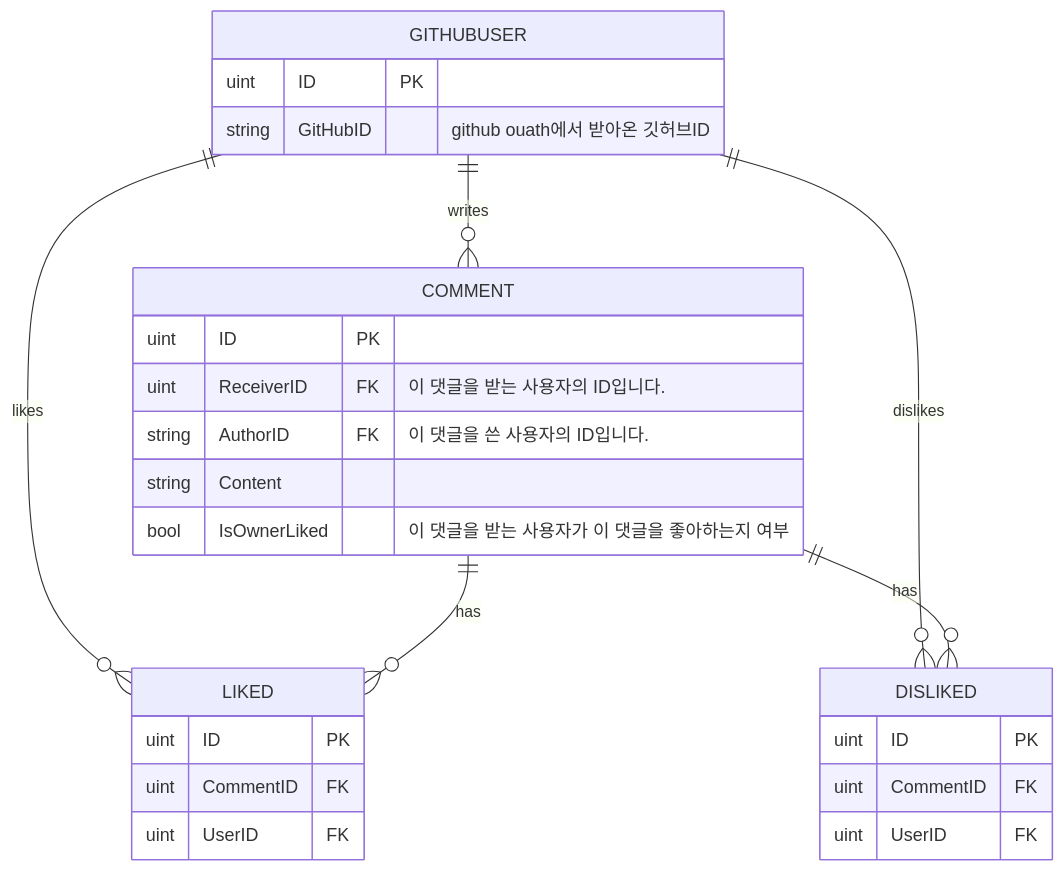
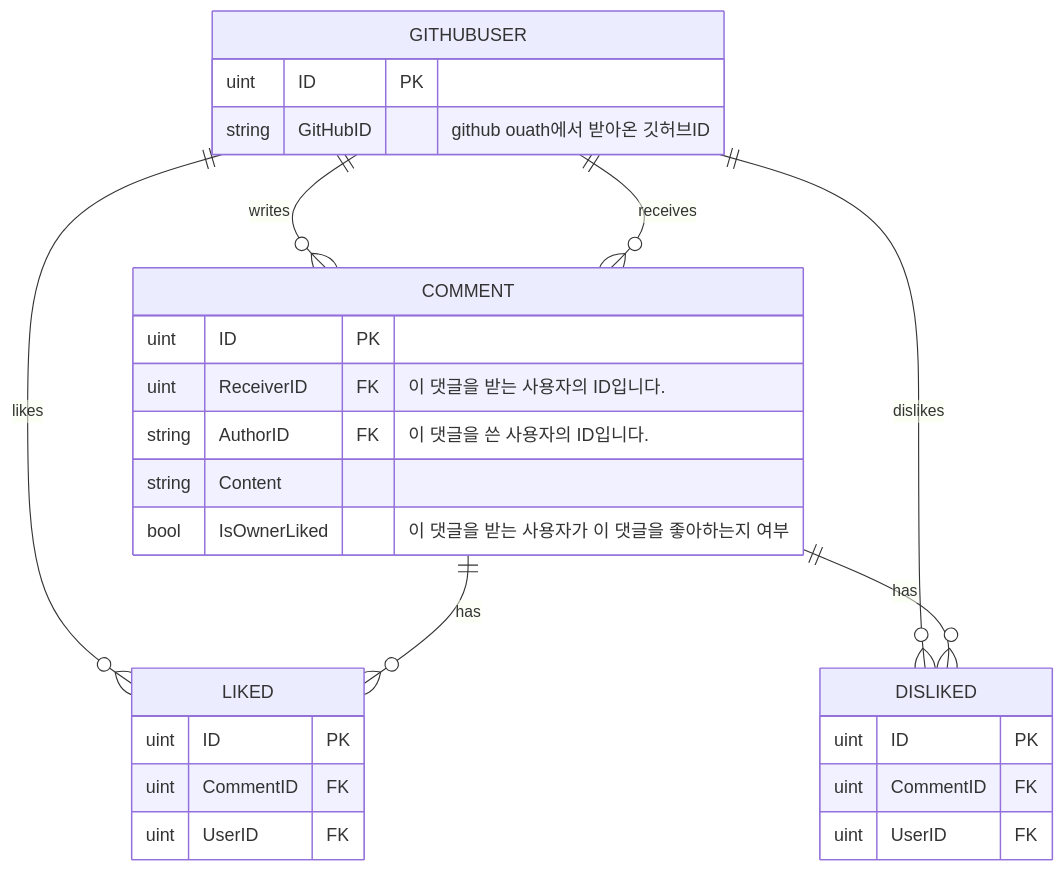
Before and after one commit to in-jun/github-profile-guestbook: the diagram in README.md, drawn with Mermaid.

Commit message:
docs: ER 다이어그램 업데이트

````diff
--- a/README.md
+++ b/README.md
@@ -51,33 +51,34 @@
 ```mermaid
 erDiagram
     GITHUBUSER {
         uint ID PK
         string GitHubID "github ouath에서 받아온 깃허브ID"
     }
 
     COMMENT {
         uint ID PK
         uint ReceiverID FK "이 댓글을 받는 사용자의 ID입니다."
         string AuthorID FK "이 댓글을 쓴 사용자의 ID입니다."
         string Content
         bool IsOwnerLiked "이 댓글을 받는 사용자가 이 댓글을 좋아하는지 여부"
     }
 
     LIKED {
         uint ID PK
         uint CommentID FK
         uint UserID FK
     }
 
     DISLIKED {
         uint ID PK
         uint CommentID FK
         uint UserID FK
     }
 
     GITHUBUSER ||--o{ COMMENT : "writes"
+    GITHUBUSER ||--o{ COMMENT : "receives"
     GITHUBUSER ||--o{ LIKED : "likes"
     GITHUBUSER ||--o{ DISLIKED : "dislikes"
     COMMENT ||--o{ LIKED : "has"
     COMMENT ||--o{ DISLIKED : "has"
 ```
````
